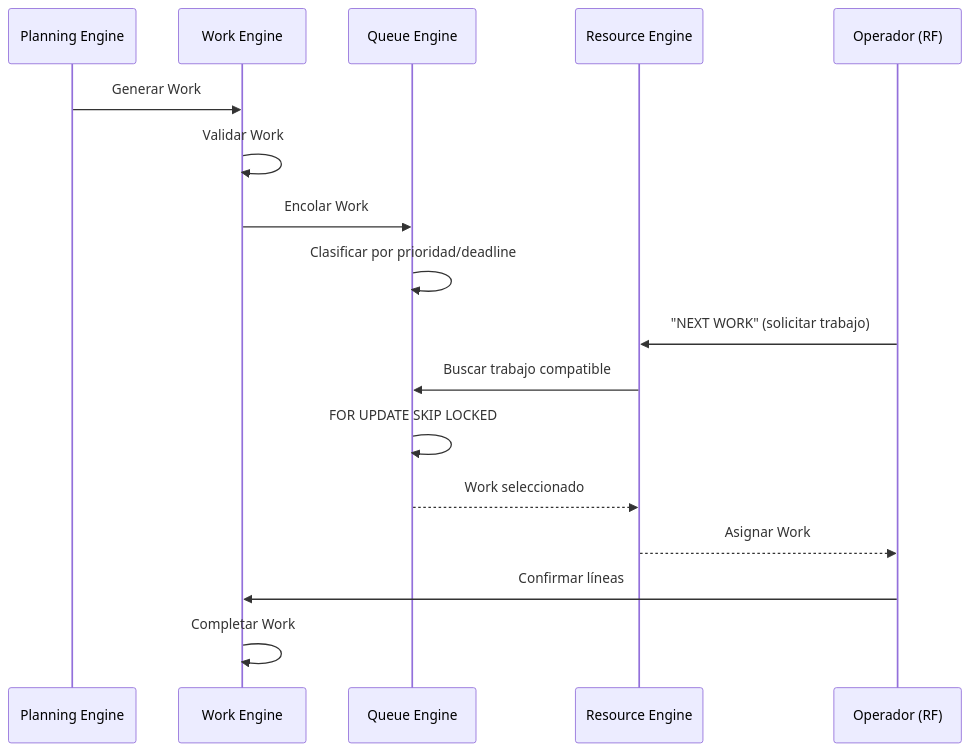
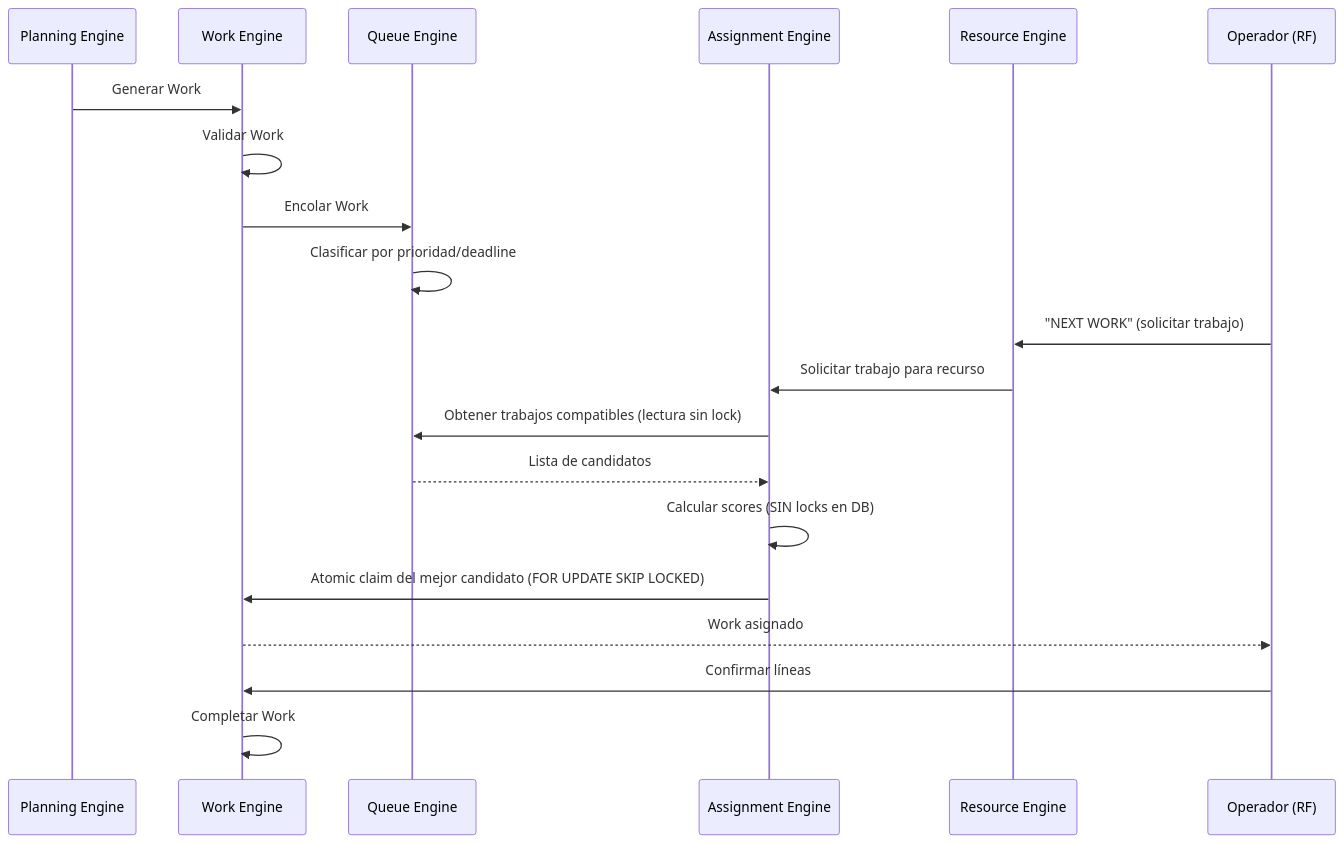
The third of 4 diagrams in docs/01-dominios/04-work-execution.md (Oravlalesco/Odoo-ERP), drawn with Mermaid before and after one commit.

Commit message:
[ARCH-001] Corregir diagrama de secuencia en 04-work-execution.md eliminando claim en Queue Engine

````diff
--- a/docs/01-dominios/04-work-execution.md
+++ b/docs/01-dominios/04-work-execution.md
@@ -242,20 +242,23 @@
 ```mermaid
 sequenceDiagram
     participant PL as Planning Engine
     participant WE as Work Engine
     participant QE as Queue Engine
+    participant AE as Assignment Engine
     participant RE as Resource Engine
     participant OP as Operador (RF)
 
     PL->>WE: Generar Work
     WE->>WE: Validar Work
     WE->>QE: Encolar Work
     QE->>QE: Clasificar por prioridad/deadline
     OP->>RE: "NEXT WORK" (solicitar trabajo)
-    RE->>QE: Buscar trabajo compatible
-    QE->>QE: FOR UPDATE SKIP LOCKED
-    QE-->>RE: Work seleccionado
-    RE-->>OP: Asignar Work
+    RE->>AE: Solicitar trabajo para recurso
+    AE->>QE: Obtener trabajos compatibles (lectura sin lock)
+    QE-->>AE: Lista de candidatos
+    AE->>AE: Calcular scores (SIN locks en DB)
+    AE->>WE: Atomic claim del mejor candidato (FOR UPDATE SKIP LOCKED)
+    WE-->>OP: Work asignado
     OP->>WE: Confirmar líneas
     WE->>WE: Completar Work
 ```
````
